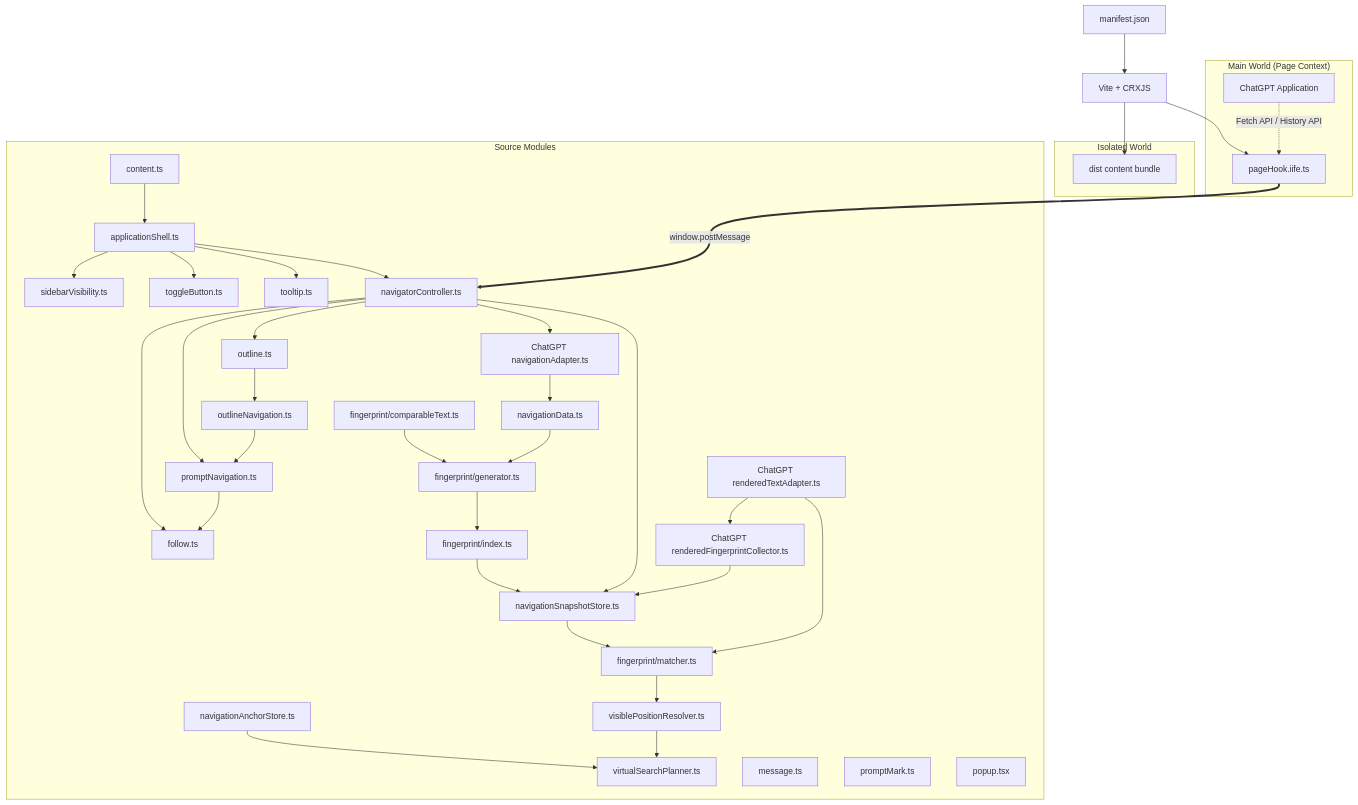
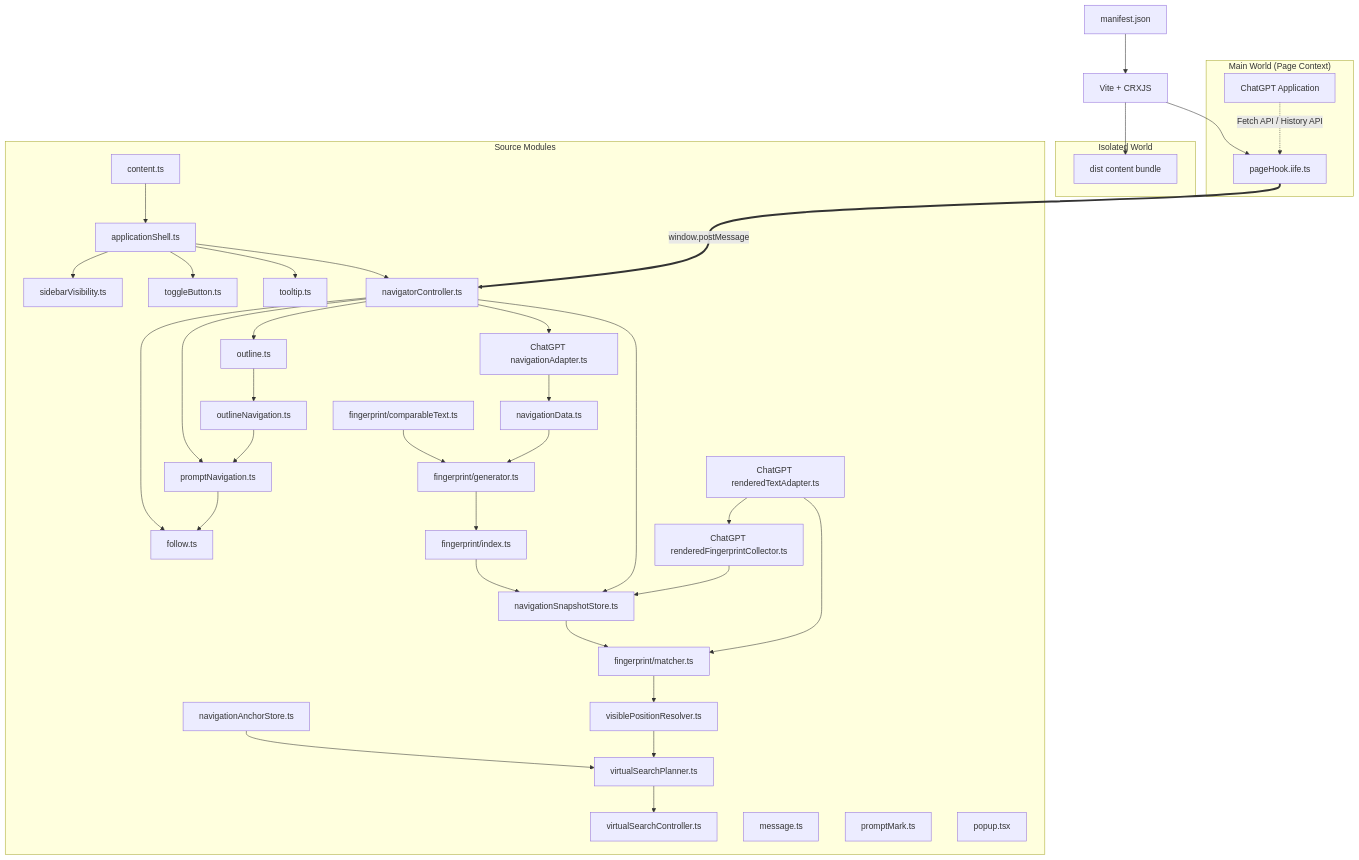
One commit to Leo7805/luna-toc changed the diagram in docs/ARCHITECTURE.md. Above: the diagram before and after it, drawn with Mermaid. The commit also changed other lines of this file and 8 other files, not shown here.

Commit message:
feat(navigation): add virtual search execution controller

````diff
--- a/docs/ARCHITECTURE.md
+++ b/docs/ARCHITECTURE.md
@@ -15,73 +15,75 @@
 ```mermaid
 graph TD
     manifest[manifest.json]
     vite[Vite + CRXJS]
 
     subgraph sourceModules["Source Modules"]
         content[content.ts]
         outline[outline.ts]
         outlineNavigation[outlineNavigation.ts]
         follow[follow.ts]
         promptNavigation[promptNavigation.ts]
         navigationData[navigationData.ts]
         comparableText[fingerprint/comparableText.ts]
         fingerprint[fingerprint/generator.ts]
         fingerprintIndex[fingerprint/index.ts]
         fingerprintMatcher[fingerprint/matcher.ts]
         visiblePosition[visiblePositionResolver.ts]
         anchorStore[navigationAnchorStore.ts]
         virtualSearchPlanner[virtualSearchPlanner.ts]
+        virtualSearchController[virtualSearchController.ts]
         snapshotStore[navigationSnapshotStore.ts]
         chatGptAdapter[ChatGPT navigationAdapter.ts]
         chatGptRenderedText[ChatGPT renderedTextAdapter.ts]
         chatGptFingerprintCollector[ChatGPT renderedFingerprintCollector.ts]
         msg[message.ts]
         mark[promptMark.ts]
         vis[sidebarVisibility.ts]
         btn[toggleButton.ts]
         tip[tooltip.ts]
         navigator[navigatorController.ts]
         shell[applicationShell.ts]
         popup[popup.tsx]
     end
 
     subgraph isolatedWorld["Isolated World"]
         contentBundle[dist content bundle]
     end
 
     subgraph mainWorld["Main World (Page Context)"]
         hook[pageHook.iife.ts]
         chatgpt[ChatGPT Application]
     end
 
     manifest --> vite
     content --> shell
     shell --> navigator
     shell --> vis
     shell --> btn
     shell --> tip
     navigator --> outline
     navigator --> promptNavigation
     chatGptAdapter --> navigationData
     comparableText --> fingerprint
     navigationData --> fingerprint
     fingerprint --> fingerprintIndex
     fingerprintIndex --> snapshotStore
     snapshotStore --> fingerprintMatcher
     fingerprintMatcher --> visiblePosition
     anchorStore --> virtualSearchPlanner
     visiblePosition --> virtualSearchPlanner
+    virtualSearchPlanner --> virtualSearchController
     navigator --> snapshotStore
     navigator --> chatGptAdapter
     chatGptRenderedText --> fingerprintMatcher
     chatGptRenderedText --> chatGptFingerprintCollector
     chatGptFingerprintCollector --> snapshotStore
     navigator --> follow
     outline --> outlineNavigation
     outlineNavigation --> promptNavigation
     promptNavigation --> follow
     vite --> contentBundle
     vite --> hook
     hook ===>|window.postMessage| navigator
     chatgpt -.->|Fetch API / History API| hook
 ```
````
